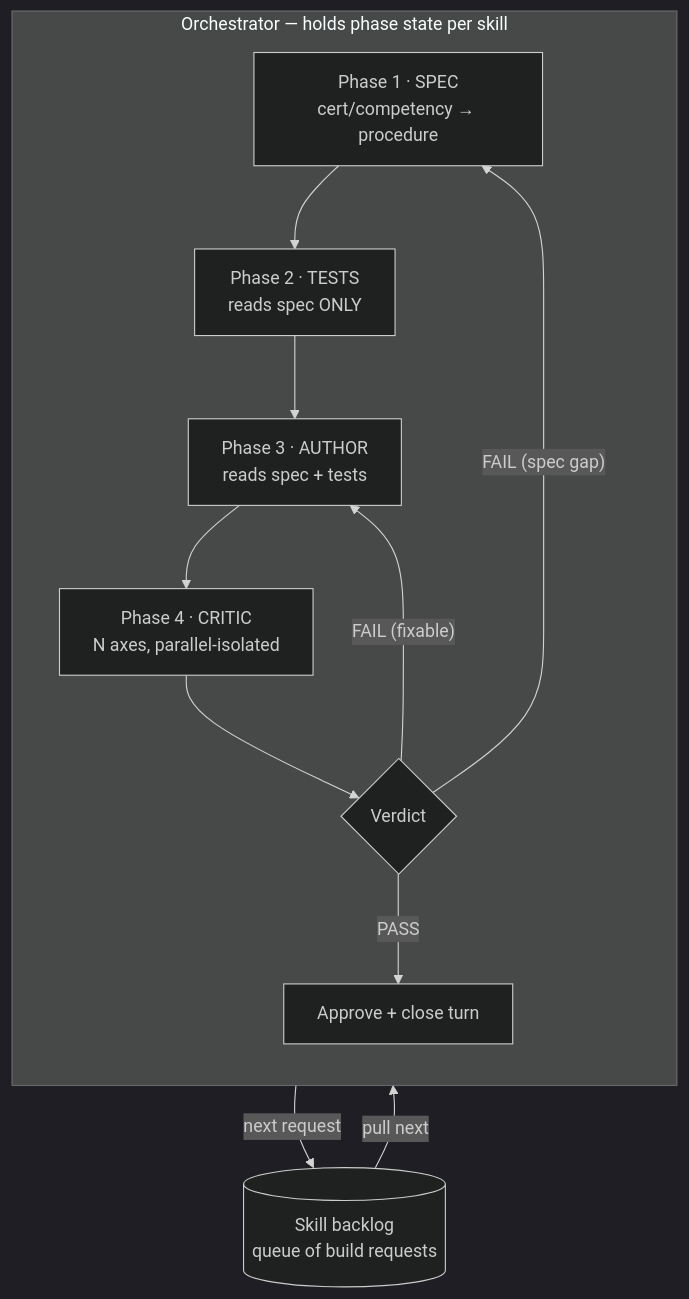
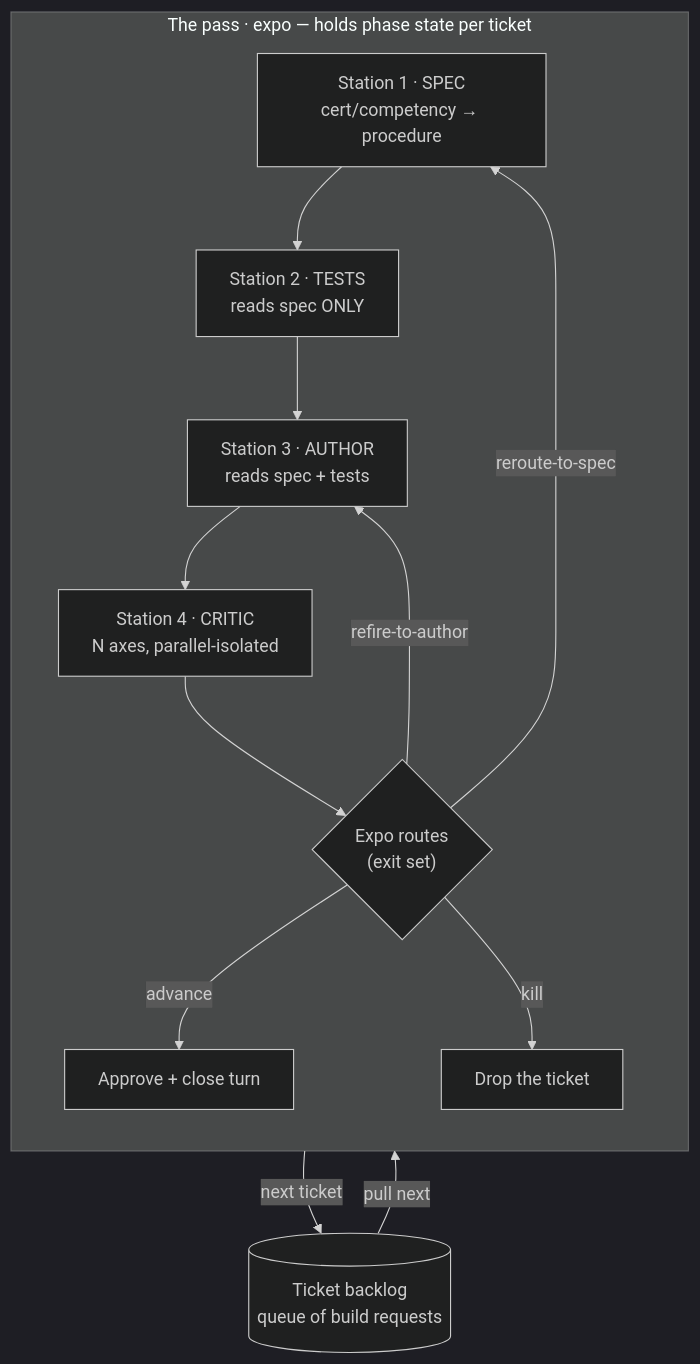
One commit to RayDataCo/ray-plugins changed the first of 3 diagrams in plugins/skill-agent-brigade/README.md. Above: the diagram before and after it, drawn with Mermaid (dark theme). The commit also changed other lines of this file and 11 other files, not shown here.

First line of the commit message:
Brigade vocab: rename to station/pass/expo/rail + add deterministic lint axis to the critic

````diff
--- a/plugins/skill-agent-brigade/README.md
+++ b/plugins/skill-agent-brigade/README.md
@@ -17,15 +17,16 @@
 ```mermaid
 flowchart TB
-  BL[("Skill backlog<br/>queue of build requests")] -->|pull next| ORCH
-  subgraph ORCH["Orchestrator — holds phase state per skill"]
+  BL[("Ticket backlog<br/>queue of build requests")] -->|pull next| ORCH
+  subgraph ORCH["The pass · expo — holds phase state per ticket"]
     direction TB
-    P1["Phase 1 · SPEC<br/>cert/competency → procedure"] --> P2["Phase 2 · TESTS<br/>reads spec ONLY"]
-    P2 --> P3["Phase 3 · AUTHOR<br/>reads spec + tests"]
-    P3 --> P4["Phase 4 · CRITIC<br/>N axes, parallel-isolated"]
-    P4 --> V{"Verdict"}
-    V -- "FAIL (fixable)" --> P3
-    V -- "FAIL (spec gap)" --> P1
-    V -- "PASS" --> DONE["Approve + close turn"]
+    P1["Station 1 · SPEC<br/>cert/competency → procedure"] --> P2["Station 2 · TESTS<br/>reads spec ONLY"]
+    P2 --> P3["Station 3 · AUTHOR<br/>reads spec + tests"]
+    P3 --> P4["Station 4 · CRITIC<br/>N axes, parallel-isolated"]
+    P4 --> V{"Expo routes<br/>(exit set)"}
+    V -- "refire-to-author" --> P3
+    V -- "reroute-to-spec" --> P1
+    V -- "advance" --> DONE["Approve + close turn"]
+    V -- "kill" --> DROP["Drop the ticket"]
   end
-  DONE -->|next request| BL
+  DONE -->|next ticket| BL
 ```
````
